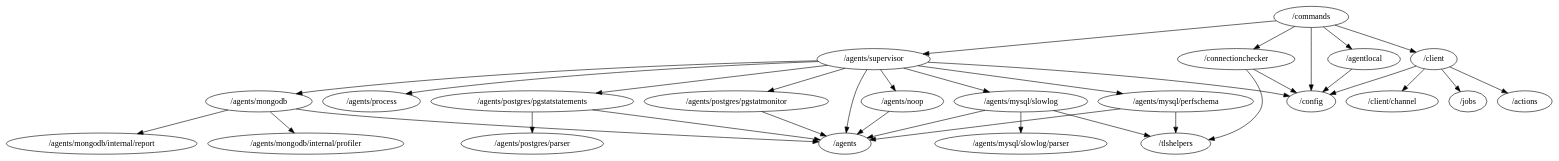
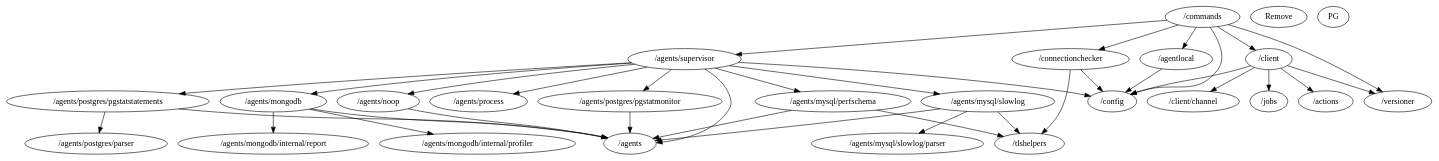
One commit to percona/pmm changed the diagram in packages.dot. Above: the diagram before and after it, drawn with Graphviz. The commit also changed 20 other files, not shown here.

```diff
--- a/packages.dot
+++ b/packages.dot
@@ -1,35 +1,37 @@
 digraph packages {
 	"/agentlocal" -> "/config";
 	"/agents/mongodb" -> "/agents";
 	"/agents/mongodb" -> "/agents/mongodb/internal/profiler";
 	"/agents/mongodb" -> "/agents/mongodb/internal/report";
 	"/agents/mysql/perfschema" -> "/agents";
 	"/agents/mysql/perfschema" -> "/tlshelpers";
 	"/agents/mysql/slowlog" -> "/agents";
 	"/agents/mysql/slowlog" -> "/agents/mysql/slowlog/parser";
 	"/agents/mysql/slowlog" -> "/tlshelpers";
 	"/agents/noop" -> "/agents";
 	"/agents/postgres/pgstatmonitor" -> "/agents";
 	"/agents/postgres/pgstatstatements" -> "/agents";
 	"/agents/postgres/pgstatstatements" -> "/agents/postgres/parser";
 	"/agents/supervisor" -> "/agents";
 	"/agents/supervisor" -> "/agents/mongodb";
 	"/agents/supervisor" -> "/agents/mysql/perfschema";
 	"/agents/supervisor" -> "/agents/mysql/slowlog";
 	"/agents/supervisor" -> "/agents/noop";
 	"/agents/supervisor" -> "/agents/postgres/pgstatmonitor";
 	"/agents/supervisor" -> "/agents/postgres/pgstatstatements";
 	"/agents/supervisor" -> "/agents/process";
 	"/agents/supervisor" -> "/config";
 	"/client" -> "/actions";
 	"/client" -> "/client/channel";
 	"/client" -> "/config";
 	"/client" -> "/jobs";
+	"/client" -> "/versioner";Remove PG
 	"/commands" -> "/agentlocal";
 	"/commands" -> "/agents/supervisor";
 	"/commands" -> "/client";
 	"/commands" -> "/config";
 	"/commands" -> "/connectionchecker";
+	"/commands" -> "/versioner";
 	"/connectionchecker" -> "/config";
 	"/connectionchecker" -> "/tlshelpers";
 }
```
